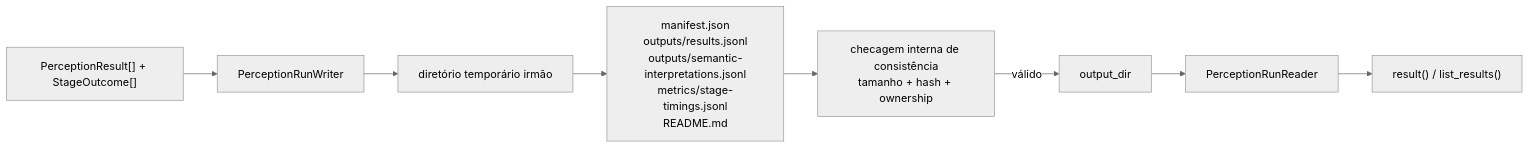
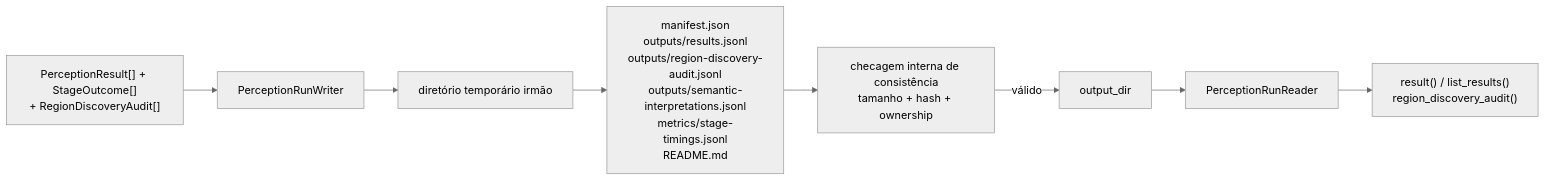
Before and after one commit to Alexandre-Tortoza/contextmap2: the diagram in src/contextmap/visual_perception/docs/run_artifact.md, drawn with Mermaid (neutral theme). The commit also changed other lines of this file and 26 other files, not shown here.

````diff
--- a/src/contextmap/visual_perception/docs/run_artifact.md
+++ b/src/contextmap/visual_perception/docs/run_artifact.md
@@ -38,10 +39,10 @@
 ```mermaid
 flowchart LR
-    INPUT["PerceptionResult[] + StageOutcome[]"] --> WRITER["PerceptionRunWriter"]
+    INPUT["PerceptionResult[] + StageOutcome[]<br/>+ RegionDiscoveryAudit[]"] --> WRITER["PerceptionRunWriter"]
     WRITER --> TMP["diretório temporário irmão"]
-    TMP --> FILES["manifest.json<br/>outputs/results.jsonl<br/>outputs/semantic-interpretations.jsonl<br/>metrics/stage-timings.jsonl<br/>README.md"]
+    TMP --> FILES["manifest.json<br/>outputs/results.jsonl<br/>outputs/region-discovery-audit.jsonl<br/>outputs/semantic-interpretations.jsonl<br/>metrics/stage-timings.jsonl<br/>README.md"]
     FILES --> CHECK["checagem interna de consistência<br/>tamanho + hash + ownership"]
     CHECK -->|válido| FINAL["output_dir"]
     FINAL --> READER["PerceptionRunReader"]
-    READER --> RESULT["result() / list_results()"]
+    READER --> RESULT["result() / list_results()<br/>region_discovery_audit()"]
 ```
````
